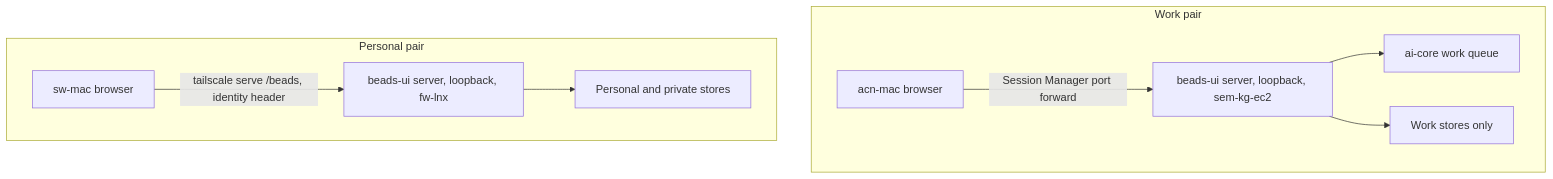
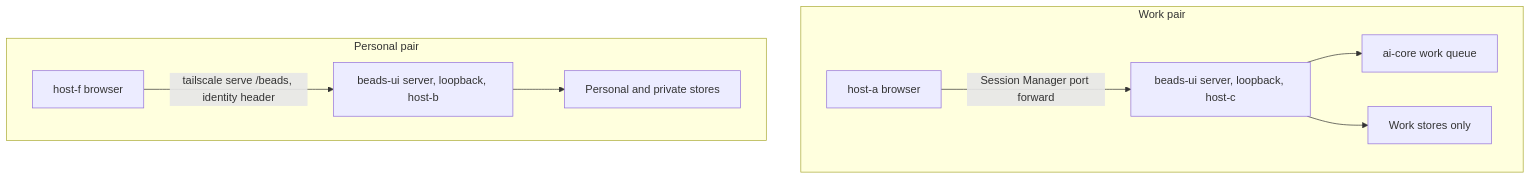
The third of 3 diagrams in docs/designs/beads-ui-web-app-design.md (sergeiwallace/beads-ui), drawn with Mermaid before and after one commit. The commit also changed other lines of this file and 94 other files, not shown here.

````diff
--- a/docs/designs/beads-ui-web-app-design.md
+++ b/docs/designs/beads-ui-web-app-design.md
@@ -183,12 +183,12 @@
 ```mermaid
 flowchart TB
   subgraph work["Work pair"]
-    A1["acn-mac browser"] -->|"Session Manager port forward"| W1["beads-ui server, loopback, sem-kg-ec2"]
+    A1["host-a browser"] -->|"Session Manager port forward"| W1["beads-ui server, loopback, host-c"]
     W1 --> Q1["ai-core work queue"]
     W1 --> BS1["Work stores only"]
   end
   subgraph personal["Personal pair"]
-    A2["sw-mac browser"] -->|"tailscale serve /beads, identity header"| W2["beads-ui server, loopback, fw-lnx"]
+    A2["host-f browser"] -->|"tailscale serve /beads, identity header"| W2["beads-ui server, loopback, host-b"]
     W2 --> BS2["Personal and private stores"]
   end
 ```
````
